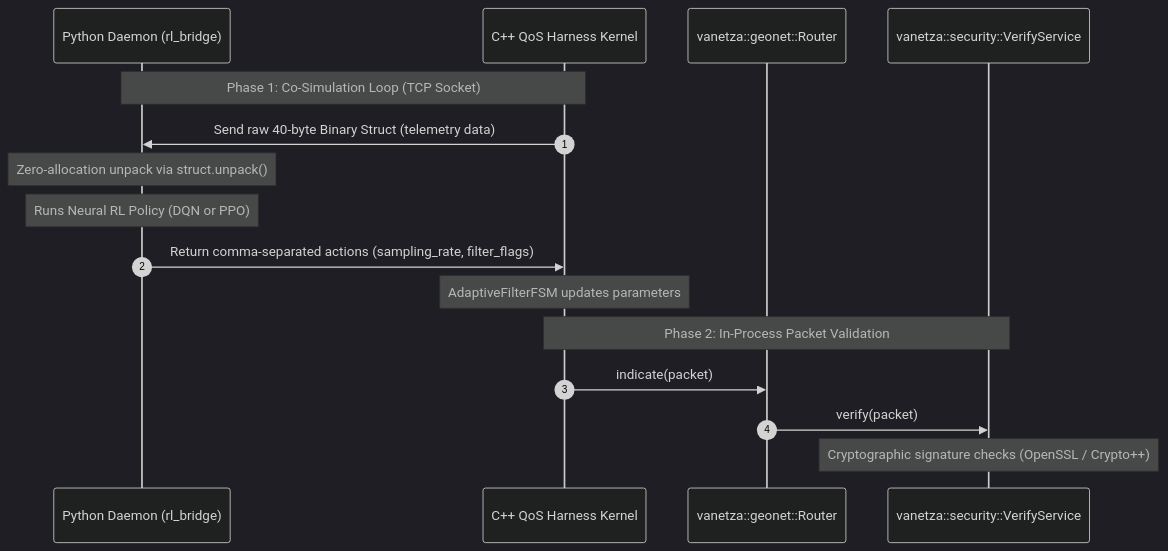
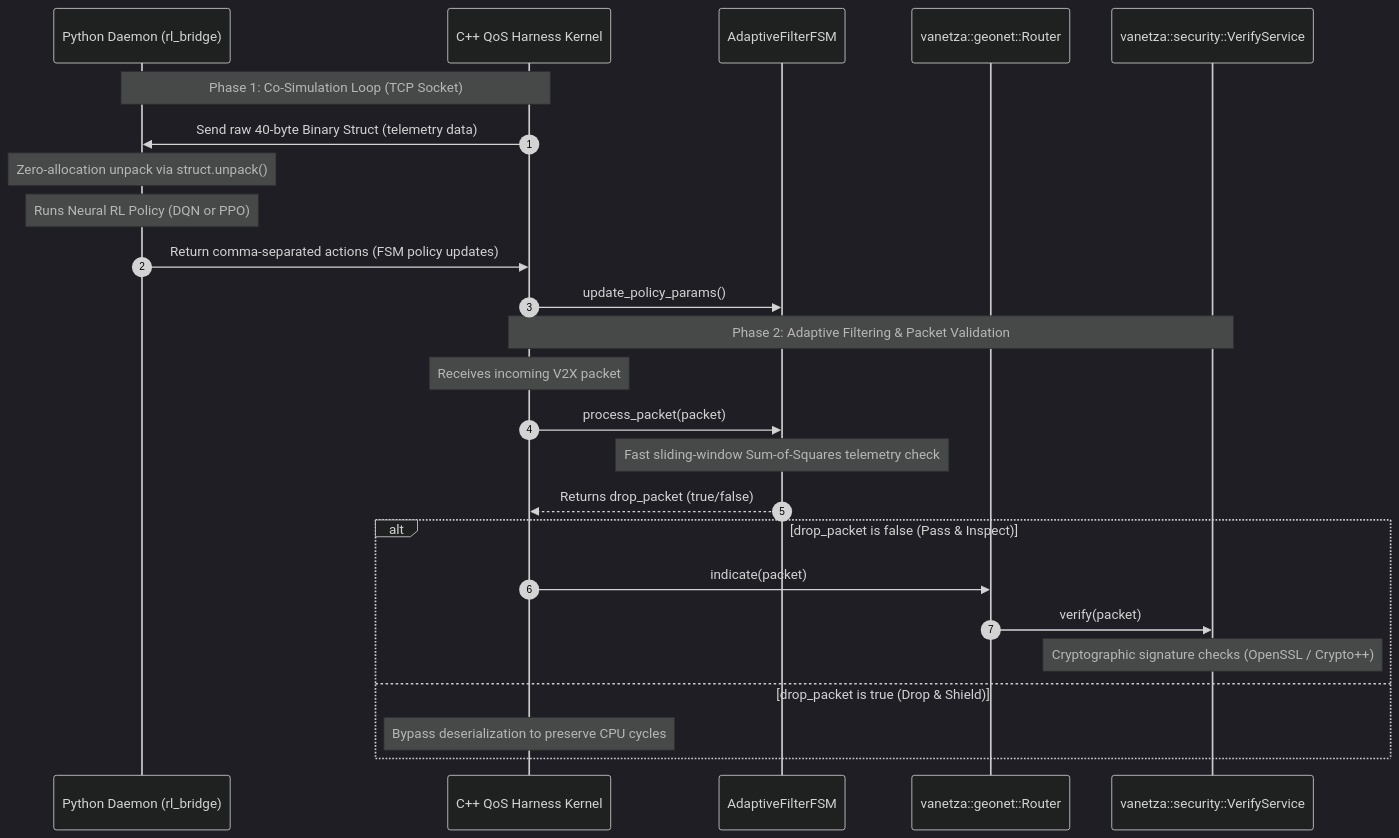
The second of 5 diagrams in vanetza_unpatched/tools/qos-harness/README.md (tw89Coder/adam-v2x), drawn with Mermaid (dark theme) before and after one commit. The commit also changed other lines of this file and 1 other file, not shown here.

Commit message:
docs(qos-harness): document FSM filter, system co-sim, and academic contributions

````diff
--- a/vanetza_unpatched/tools/qos-harness/README.md
+++ b/vanetza_unpatched/tools/qos-harness/README.md
@@ -85,20 +85,29 @@
 ```mermaid
 sequenceDiagram
     autonumber
     participant PY as Python Daemon (rl_bridge)
     participant Harness as C++ QoS Harness Kernel
+    participant FSM as AdaptiveFilterFSM
     participant Router as vanetza::geonet::Router
     participant Security as vanetza::security::VerifyService
 
     Note over PY, Harness: Phase 1: Co-Simulation Loop (TCP Socket)
     Harness->>PY: Send raw 40-byte Binary Struct (telemetry data)
     Note over PY: Zero-allocation unpack via struct.unpack()
     Note over PY: Runs Neural RL Policy (DQN or PPO)
-    PY->>Harness: Return comma-separated actions (sampling_rate, filter_flags)
-    Note over Harness: AdaptiveFilterFSM updates parameters
+    PY->>Harness: Return comma-separated actions (FSM policy updates)
+    Harness->>FSM: update_policy_params()
     
-    Note over Harness, Security: Phase 2: In-Process Packet Validation
-    Harness->>Router: indicate(packet)
-    Router->>Security: verify(packet)
-    Note over Security: Cryptographic signature checks (OpenSSL / Crypto++)
+    Note over Harness, Security: Phase 2: Adaptive Filtering & Packet Validation
+    Note over Harness: Receives incoming V2X packet
+    Harness->>FSM: process_packet(packet)
+    Note over FSM: Fast sliding-window Sum-of-Squares telemetry check
+    FSM-->>Harness: Returns drop_packet (true/false)
+    alt drop_packet is false (Pass & Inspect)
+        Harness->>Router: indicate(packet)
+        Router->>Security: verify(packet)
+        Note over Security: Cryptographic signature checks (OpenSSL / Crypto++)
+    else drop_packet is true (Drop & Shield)
+        Note over Harness: Bypass deserialization to preserve CPU cycles
+    end
 ```
````
